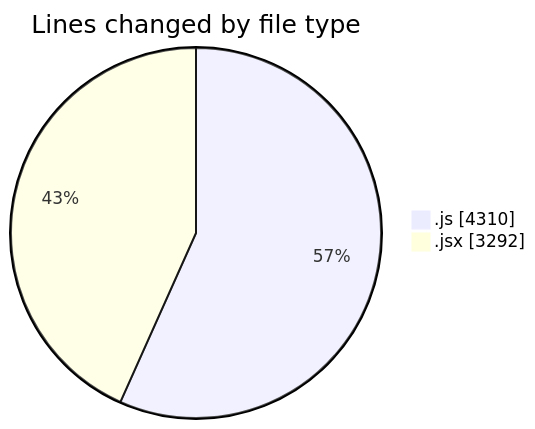
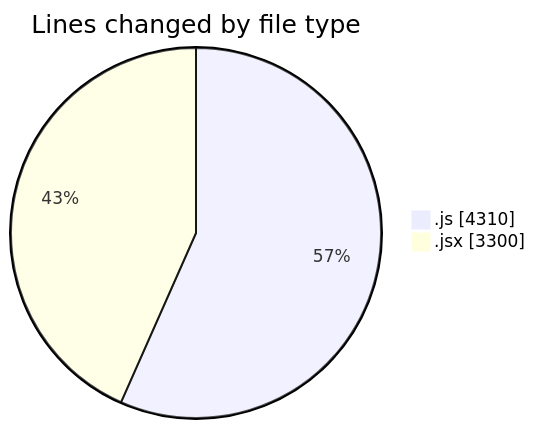
Before and after one commit to nxtqubesakshisongat/code-tracking: the first of 2 diagrams in 2025-12-29/nxtqube_webapp/README.md, drawn with Mermaid. The commit also changed other lines of this file and 1 other file, not shown here.

````diff
--- a/2025-12-29/nxtqube_webapp/README.md
+++ b/2025-12-29/nxtqube_webapp/README.md
@@ -24,6 +24,6 @@
 ```mermaid
 pie showData
 title Lines changed by file type
 ".js" : 4310
-".jsx" : 3292
+".jsx" : 3300
 ```
````
